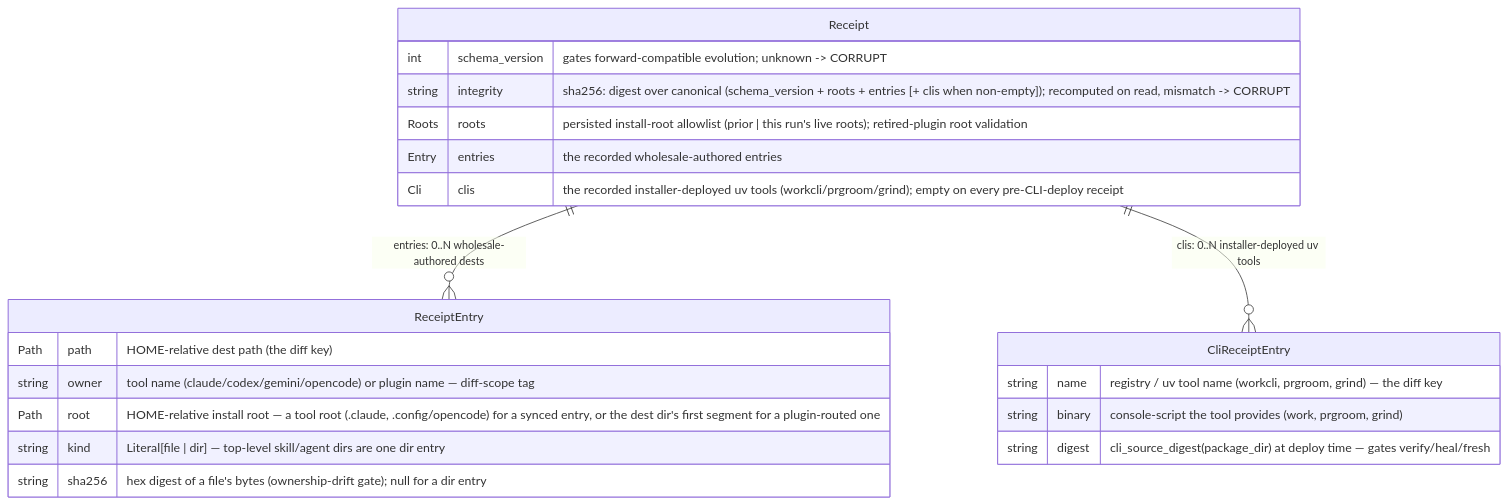
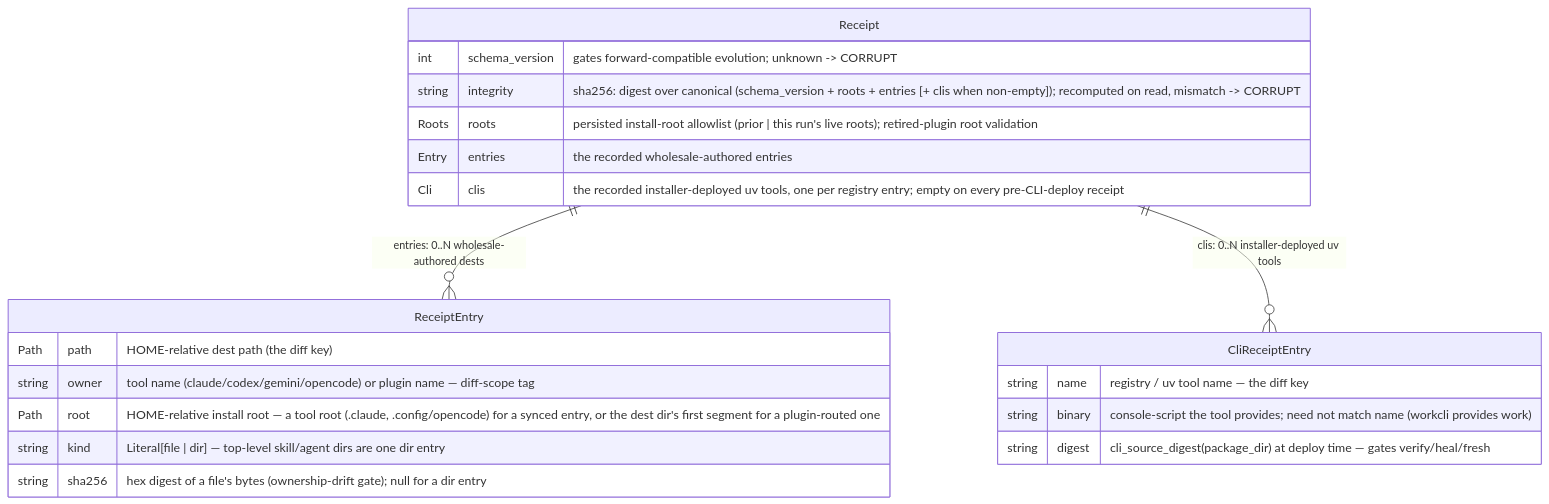
Before and after one commit to scotthamilton77/agents-config: the second of 3 diagrams in docs/architecture/installer/data-view.md, drawn with Mermaid. The commit also changed other lines of this file and 4 other files, not shown here.

````diff
--- a/docs/architecture/installer/data-view.md
+++ b/docs/architecture/installer/data-view.md
@@ -144,27 +144,27 @@
 ```mermaid
 erDiagram
     Receipt ||--o{ ReceiptEntry : "entries: 0..N wholesale-authored dests"
     Receipt ||--o{ CliReceiptEntry : "clis: 0..N installer-deployed uv tools"
 
     Receipt {
         int    schema_version  "gates forward-compatible evolution; unknown -> CORRUPT"
         string integrity       "sha256: digest over canonical (schema_version + roots + entries [+ clis when non-empty]); recomputed on read, mismatch -> CORRUPT"
         Roots  roots           "persisted install-root allowlist (prior | this run's live roots); retired-plugin root validation"
         Entry  entries         "the recorded wholesale-authored entries"
-        Cli    clis            "the recorded installer-deployed uv tools (workcli/prgroom/grind); empty on every pre-CLI-deploy receipt"
+        Cli    clis            "the recorded installer-deployed uv tools, one per registry entry; empty on every pre-CLI-deploy receipt"
     }
 
     ReceiptEntry {
         Path   path    "HOME-relative dest path (the diff key)"
         string owner   "tool name (claude/codex/gemini/opencode) or plugin name — diff-scope tag"
         Path   root    "HOME-relative install root — a tool root (.claude, .config/opencode) for a synced entry, or the dest dir's first segment for a plugin-routed one"
         string kind    "Literal[file | dir] — top-level skill/agent dirs are one dir entry"
         string sha256  "hex digest of a file's bytes (ownership-drift gate); null for a dir entry"
     }
 
     CliReceiptEntry {
-        string name    "registry / uv tool name (workcli, prgroom, grind) — the diff key"
-        string binary  "console-script the tool provides (work, prgroom, grind)"
+        string name    "registry / uv tool name — the diff key"
+        string binary  "console-script the tool provides; need not match name (workcli provides work)"
         string digest  "cli_source_digest(package_dir) at deploy time — gates verify/heal/fresh"
     }
 ```
````
